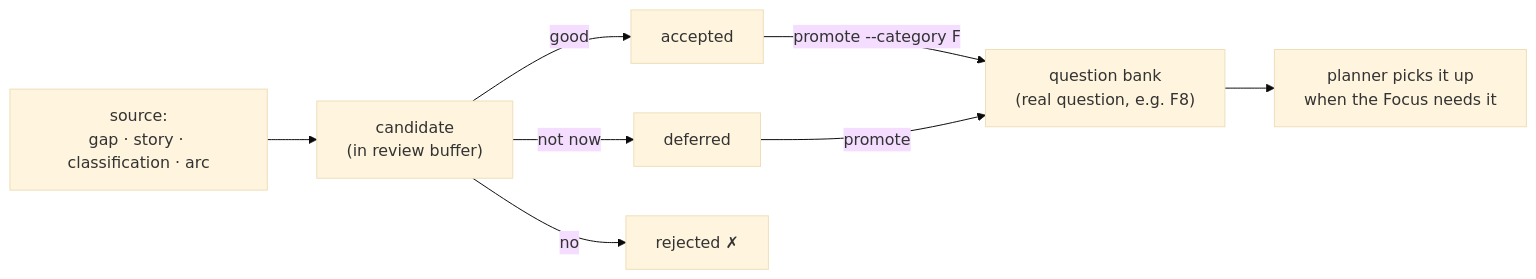
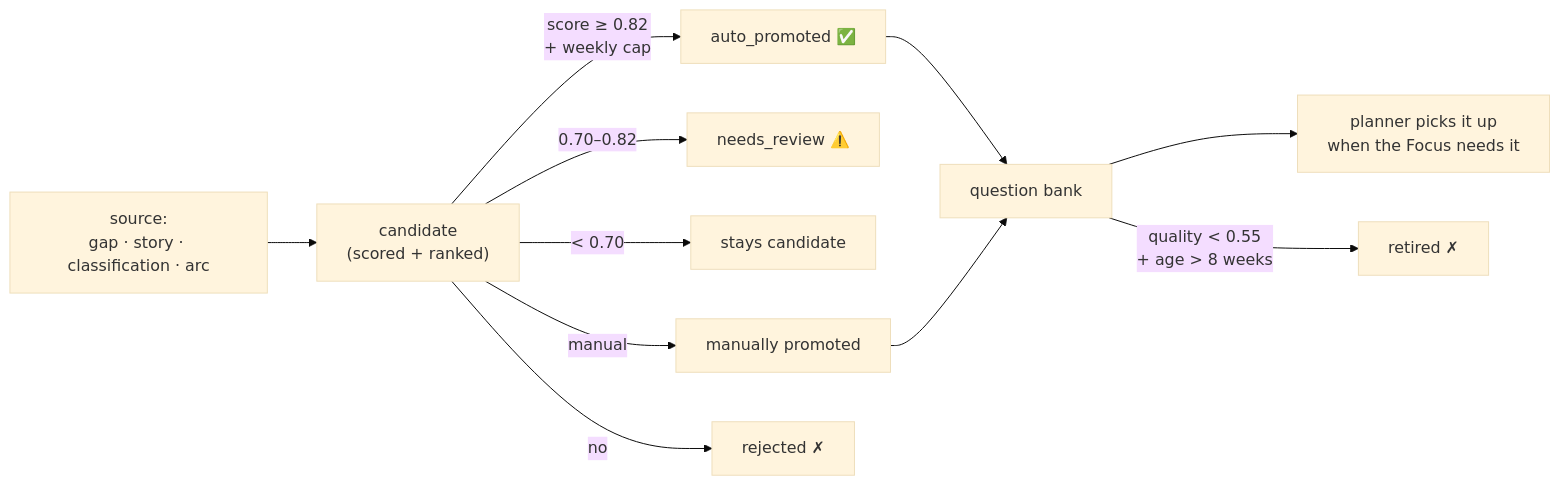
Before and after one commit to lifehug/lifehug: the seventh of 9 diagrams in README.md, drawn with Mermaid (base theme). The commit also changed other lines of this file and 1 other file, not shown here.

Commit message:
v25: README updated to reflect autonomous quality loop (v24 auto-promotion + issue #14)

````diff
--- a/README.md
+++ b/README.md
@@ -222,10 +225,13 @@
 ```mermaid
 flowchart LR
-    SRC["source:<br/>gap · story · classification · arc"] --> C["candidate<br/>(in review buffer)"]
-    C -->|good| ACC["accepted"]
-    C -->|not now| DEF["deferred"]
+    SRC["source:<br/>gap · story · classification · arc"] --> C["candidate<br/>(scored + ranked)"] 
+    C -->|"score ≥ 0.82\n+ weekly cap"| AUTO["auto_promoted ✅"]
+    C -->|"0.70–0.82"| REV["needs_review ⚠️"]
+    C -->|"< 0.70"| LOW["stays candidate"]
+    C -->|manual| MAN["manually promoted"]
     C -->|no| REJ["rejected ✗"]
-    ACC -->|"promote --category F"| BANK["question bank<br/>(real question, e.g. F8)"]
-    DEF -->|promote| BANK
+    AUTO --> BANK["question bank"]
+    MAN --> BANK
     BANK --> PLAN["planner picks it up<br/>when the Focus needs it"]
+    BANK -->|"quality < 0.55\n+ age > 8 weeks"| RETIRE["retired ✗"]
 ```
````
